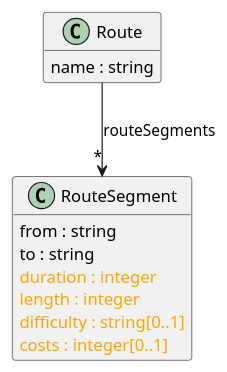
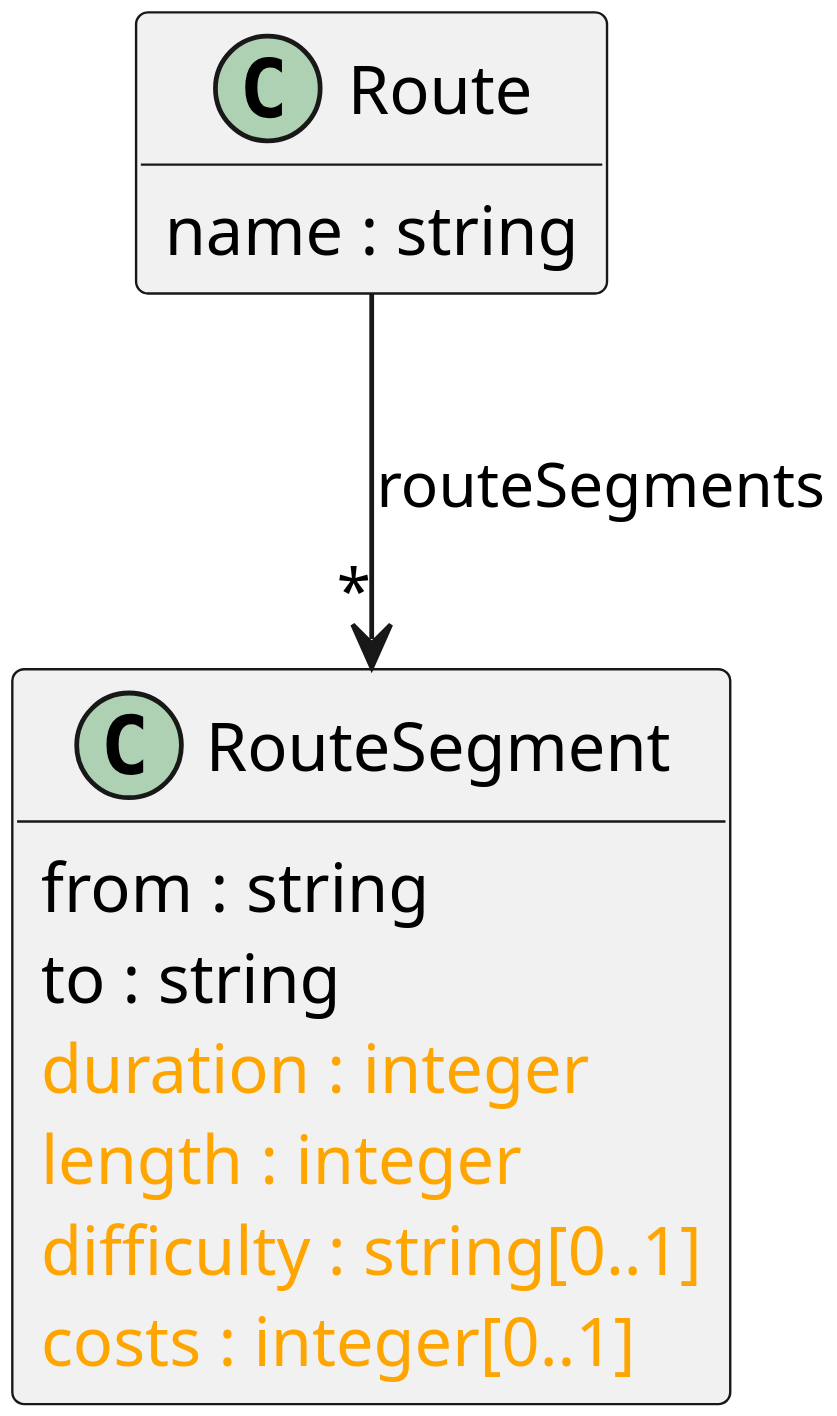
Before and after one commit to ERNICommunity/openapi-workshop: the diagram in aufgaben/a1-api.puml, drawn with PlantUML. The commit also changed 10 other files, not shown here.

```diff
--- a/aufgaben/a1-api.puml
+++ b/aufgaben/a1-api.puml
@@ -1,20 +1,21 @@
 @startuml
 hide empty methods
 hide empty fields
+scale 2048 height
 
 class "Route" {
   {field} name : string
 }
 
 class "RouteSegment" {
   {field} from : string
   {field} to : string
   <font color="orange">{field} duration : integer
   <font color="orange">{field} length : integer
   <font color="orange">{field} difficulty : string[0..1]
   <font color="orange">{field} costs : integer[0..1]
 }
 
 "Route" --> "*" "RouteSegment"  :  "routeSegments"
 
 @enduml
```
